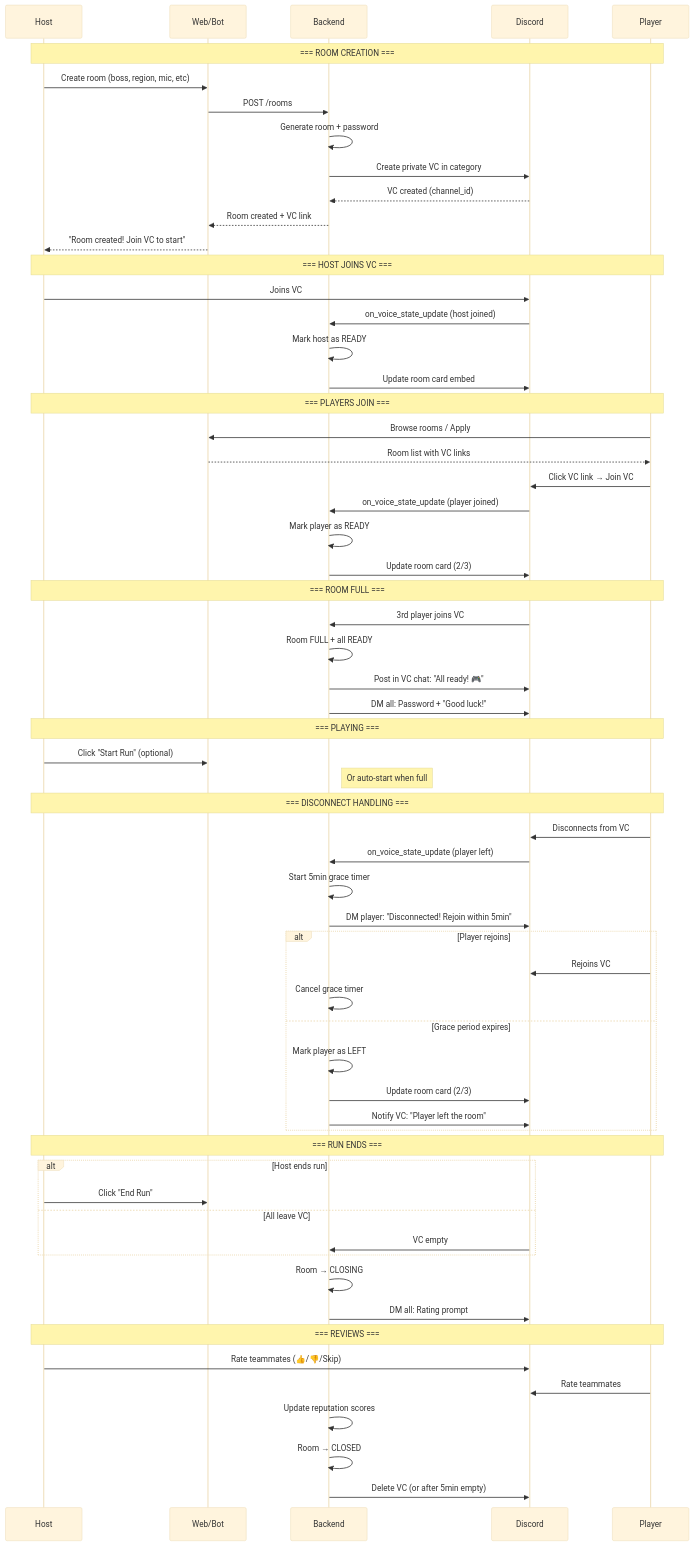
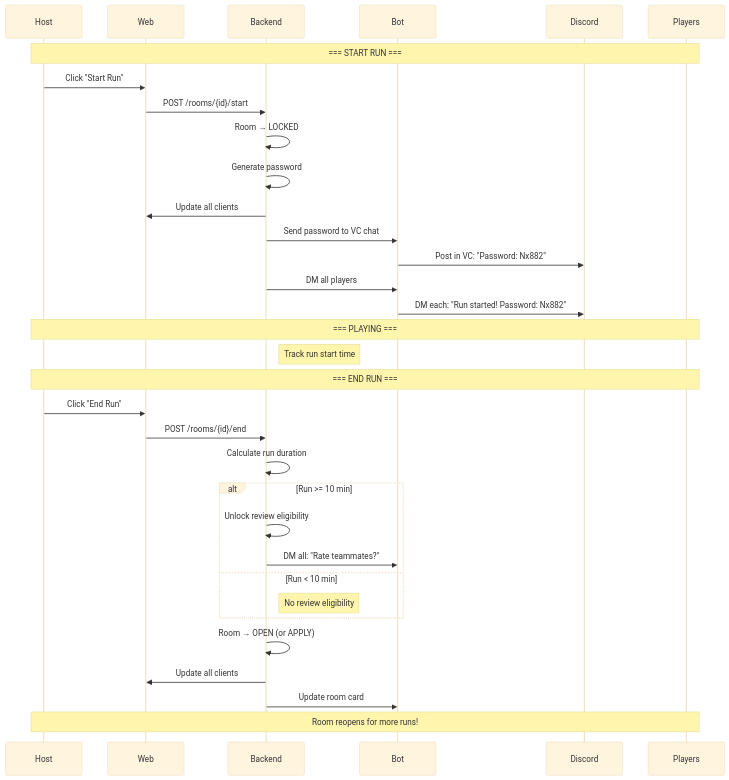
Before and after one commit to naruto716/HexLink: the fourth of 7 diagrams in Requirements/room_lifecycle.md, drawn with Mermaid (base theme). The commit also changed other lines of this file, not shown here.

Commit message:
Add room lifecycle

````diff
--- a/Requirements/room_lifecycle.md
+++ b/Requirements/room_lifecycle.md
@@ -45,81 +144,43 @@
 ```mermaid
 sequenceDiagram
     participant Host
-    participant Web/Bot
+    participant Web
     participant Backend
+    participant Bot
     participant Discord
-    participant Player
+    participant Players
 
-    Note over Host,Player: === ROOM CREATION ===
+    Note over Host,Players: === START RUN ===
     
-    Host->>Web/Bot: Create room (boss, region, mic, etc)
-    Web/Bot->>Backend: POST /rooms
-    Backend->>Backend: Generate room + password
-    Backend->>Discord: Create private VC in category
-    Discord-->>Backend: VC created (channel_id)
-    Backend-->>Web/Bot: Room created + VC link
-    Web/Bot-->>Host: "Room created! Join VC to start"
+    Host->>Web: Click "Start Run"
+    Web->>Backend: POST /rooms/{id}/start
+    Backend->>Backend: Room → LOCKED
+    Backend->>Backend: Generate password
+    Backend->>Web: Update all clients
+    Backend->>Bot: Send password to VC chat
+    Bot->>Discord: Post in VC: "Password: Nx882"
+    Backend->>Bot: DM all players
+    Bot->>Discord: DM each: "Run started! Password: Nx882"
     
-    Note over Host,Player: === HOST JOINS VC ===
+    Note over Host,Players: === PLAYING ===
+    Note right of Backend: Track run start time
     
-    Host->>Discord: Joins VC
-    Discord->>Backend: on_voice_state_update (host joined)
-    Backend->>Backend: Mark host as READY
-    Backend->>Discord: Update room card embed
+    Note over Host,Players: === END RUN ===
     
-    Note over Host,Player: === PLAYERS JOIN ===
+    Host->>Web: Click "End Run"
+    Web->>Backend: POST /rooms/{id}/end
+    Backend->>Backend: Calculate run duration
     
-    Player->>Web/Bot: Browse rooms / Apply
-    Web/Bot-->>Player: Room list with VC links
-    Player->>Discord: Click VC link → Join VC
-    Discord->>Backend: on_voice_state_update (player joined)
-    Backend->>Backend: Mark player as READY
-    Backend->>Discord: Update room card (2/3)
-    
-    Note over Host,Player: === ROOM FULL ===
-    
-    Discord->>Backend: 3rd player joins VC
-    Backend->>Backend: Room FULL + all READY
-    Backend->>Discord: Post in VC chat: "All ready! 🎮"
-    Backend->>Discord: DM all: Password + "Good luck!"
-    
-    Note over Host,Player: === PLAYING ===
-    
-    Host->>Web/Bot: Click "Start Run" (optional)
-    Note right of Backend: Or auto-start when full
-    
-    Note over Host,Player: === DISCONNECT HANDLING ===
-    
-    Player->>Discord: Disconnects from VC
-    Discord->>Backend: on_voice_state_update (player left)
-    Backend->>Backend: Start 5min grace timer
-    Backend->>Discord: DM player: "Disconnected! Rejoin within 5min"
-    
-    alt Player rejoins
-        Player->>Discord: Rejoins VC
-        Backend->>Backend: Cancel grace timer
-    else Grace period expires
-        Backend->>Backend: Mark player as LEFT
-        Backend->>Discord: Update room card (2/3)
-        Backend->>Discord: Notify VC: "Player left the room"
+    alt Run >= 10 min
+        Backend->>Backend: Unlock review eligibility
+        Backend->>Bot: DM all: "Rate teammates?"
+    else Run < 10 min
+        Note right of Backend: No review eligibility
     end
     
-    Note over Host,Player: === RUN ENDS ===
+    Backend->>Backend: Room → OPEN (or APPLY)
+    Backend->>Web: Update all clients
+    Backend->>Bot: Update room card
     
-    alt Host ends run
-        Host->>Web/Bot: Click "End Run"
-    else All leave VC
-        Discord->>Backend: VC empty
-    end
-    
-    Backend->>Backend: Room → CLOSING
-    Backend->>Discord: DM all: Rating prompt
-    
-    Note over Host,Player: === REVIEWS ===
-    
-    Host->>Discord: Rate teammates (👍/👎/Skip)
-    Player->>Discord: Rate teammates
-    Backend->>Backend: Update reputation scores
-    Backend->>Backend: Room → CLOSED
-    Backend->>Discord: Delete VC (or after 5min empty)
+    Note over Host,Players: Room reopens for more runs!
 ```
````
